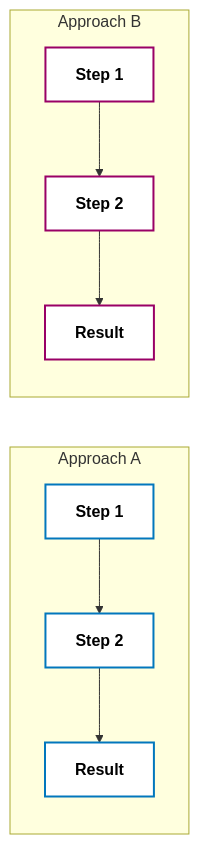
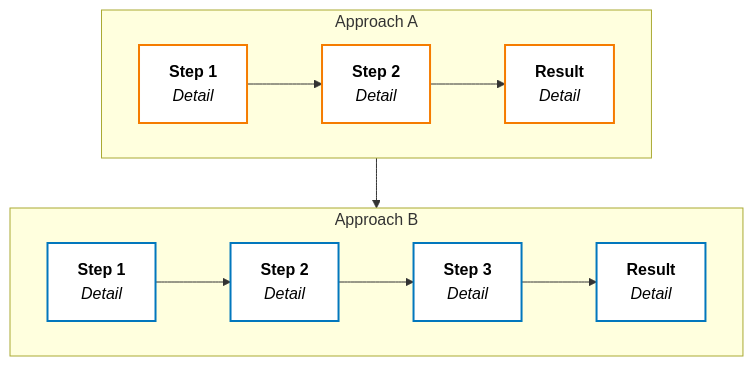
One commit to b0yu-li/b0yu-li.github.io changed the fourth of 5 diagrams in .cursor/rules/visual-content.mdc. Above: the diagram before and after it, drawn with Mermaid. The commit also changed other lines of this file and 9 other files, not shown here.

Commit message:
docs: update cover image specifications and diagram guidelines for clarity and consistency

````diff
--- a/.cursor/rules/visual-content.mdc
+++ b/.cursor/rules/visual-content.mdc
@@ -102,22 +112,27 @@
 ```mermaid
-graph LR
-    subgraph approach_a [Approach A]
-        A1["<b>Step 1</b>"]
-        A2["<b>Step 2</b>"]
-        A3["<b>Result</b>"]
+flowchart TB
+    subgraph approach_a ["Approach A"]
+        direction LR
+        A1["<b>Step 1</b><br/><i>Detail</i>"]
+        A2["<b>Step 2</b><br/><i>Detail</i>"]
+        A3["<b>Result</b><br/><i>Detail</i>"]
         A1 --> A2 --> A3
     end
 
-    subgraph approach_b [Approach B]
-        B1["<b>Step 1</b>"]
-        B2["<b>Step 2</b>"]
-        B3["<b>Result</b>"]
-        B1 --> B2 --> B3
+    subgraph approach_b ["Approach B"]
+        direction LR
+        B1["<b>Step 1</b><br/><i>Detail</i>"]
+        B2["<b>Step 2</b><br/><i>Detail</i>"]
+        B3["<b>Step 3</b><br/><i>Detail</i>"]
+        B4["<b>Result</b><br/><i>Detail</i>"]
+        B1 --> B2 --> B3 --> B4
     end
 
-    classDef groupA fill:#fff,stroke:#0277bd,stroke-width:2px,color:#000;
-    classDef groupB fill:#fff,stroke:#906,stroke-width:2px,color:#000;
+    approach_a --> approach_b
+
+    classDef groupA fill:#fff,stroke:#f57c00,stroke-width:2px,color:#000;
+    classDef groupB fill:#fff,stroke:#0277bd,stroke-width:2px,color:#000;
 
     class A1,A2,A3 groupA;
-    class B1,B2,B3 groupB;
+    class B1,B2,B3,B4 groupB;
 ```
````
